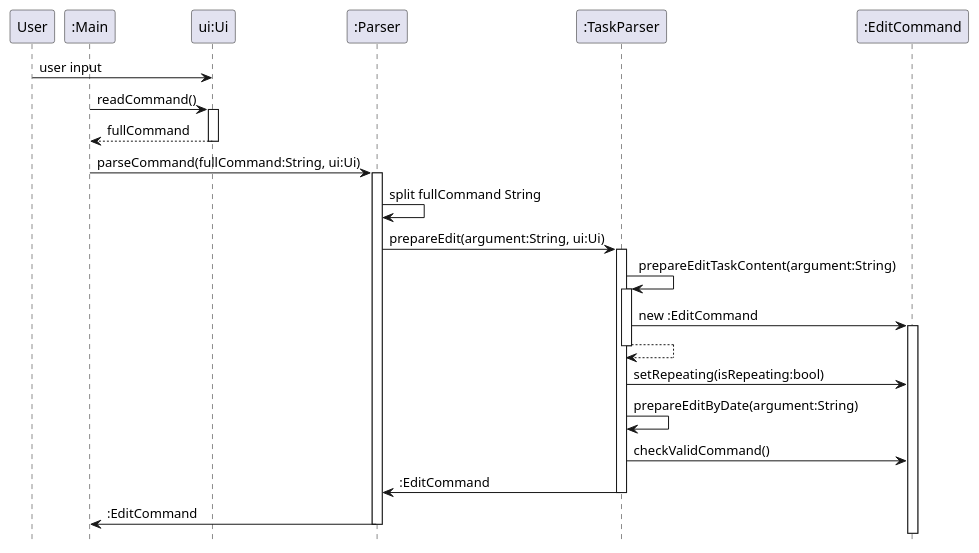
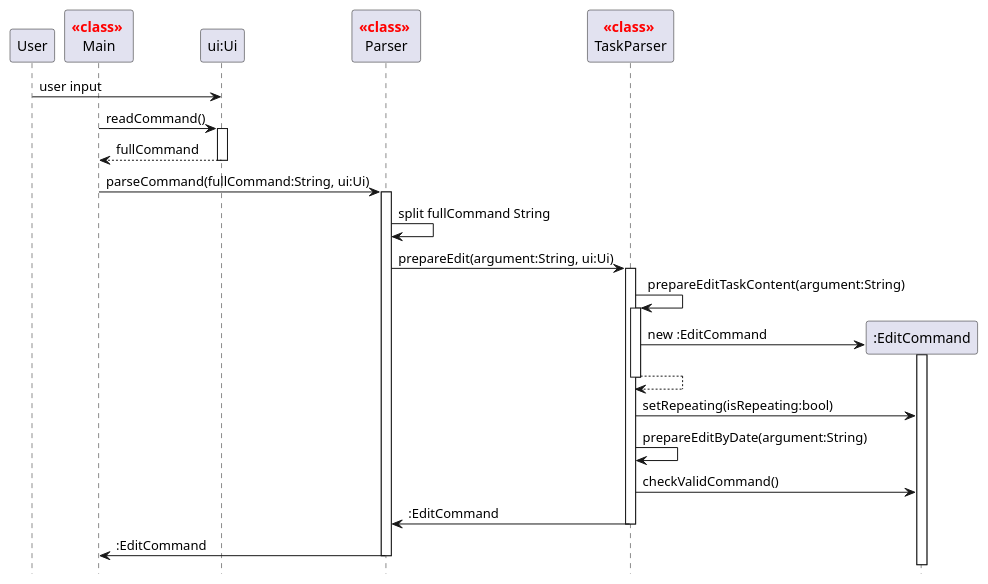
Before and after one commit to nus-cs2113-AY2122S2/tp: the diagram in docs/puml/EditParseUserInputSD.puml, drawn with PlantUML.

Commit message:
Fix more issues for Edit Parse User Input sequence diagram

```diff
--- a/docs/puml/EditParseUserInputSD.puml
+++ b/docs/puml/EditParseUserInputSD.puml
@@ -1,39 +1,39 @@
 @startuml
 
  hide footbox
  participant User as "User"
- participant Main as ":Main"
+ participant Main as "<font color=red>**<<class>>** \nMain"
  participant Ui as "ui:Ui"
- participant Parser as ":Parser"
- participant TaskParser as ":TaskParser"
+ participant Parser as "<font color=red>**<<class>>** \nParser"
+ participant TaskParser as "<font color=red>**<<class>>** \nTaskParser"
  participant EditCommand as ":EditCommand"
 
  User -> Ui: user input
 
  Main -> Ui: readCommand()
  activate Ui
  Ui --> Main: fullCommand
  deactivate Ui
 
  Main -> Parser: parseCommand(fullCommand:String, ui:Ui)
 
  activate Parser
  Parser -> Parser: split fullCommand String
  Parser -> TaskParser: prepareEdit(argument:String, ui:Ui)
 
  activate TaskParser
  TaskParser -> TaskParser: prepareEditTaskContent(argument:String)
  activate TaskParser
- TaskParser -> EditCommand: new :EditCommand
+ TaskParser -> EditCommand **: new :EditCommand
  activate EditCommand
  TaskParser --> TaskParser
  deactivate TaskParser
  TaskParser -> EditCommand: setRepeating(isRepeating:bool)
  TaskParser -> TaskParser: prepareEditByDate(argument:String)
  TaskParser -> EditCommand: checkValidCommand()
  TaskParser -> Parser: :EditCommand
  deactivate TaskParser
  Parser -> Main: :EditCommand
  deactivate Parser
 
  @enduml
```
